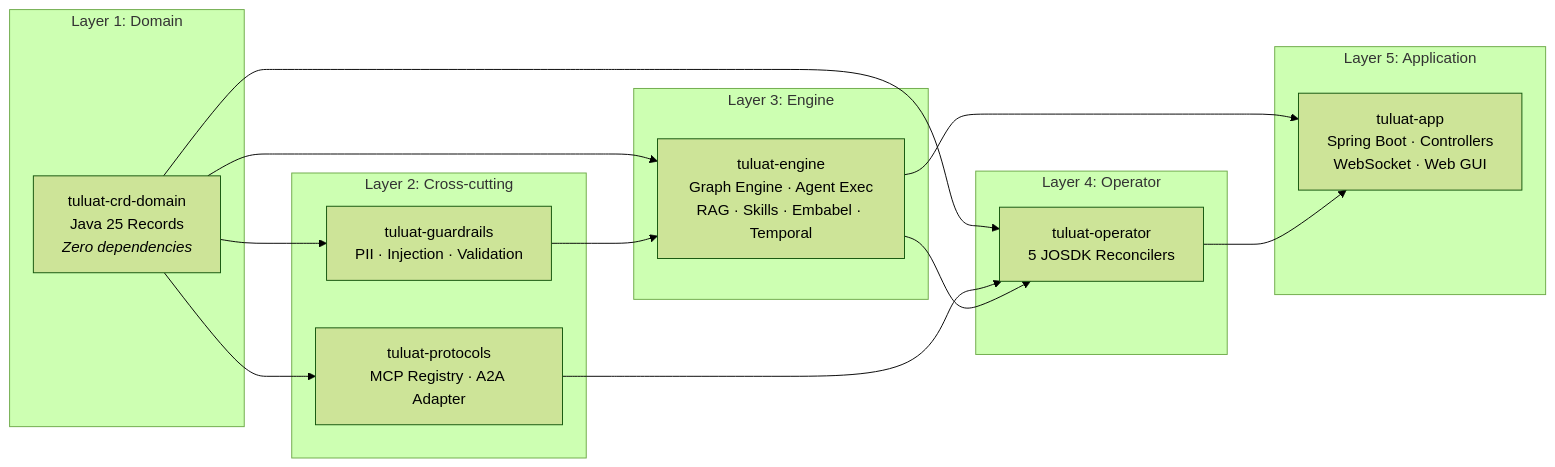
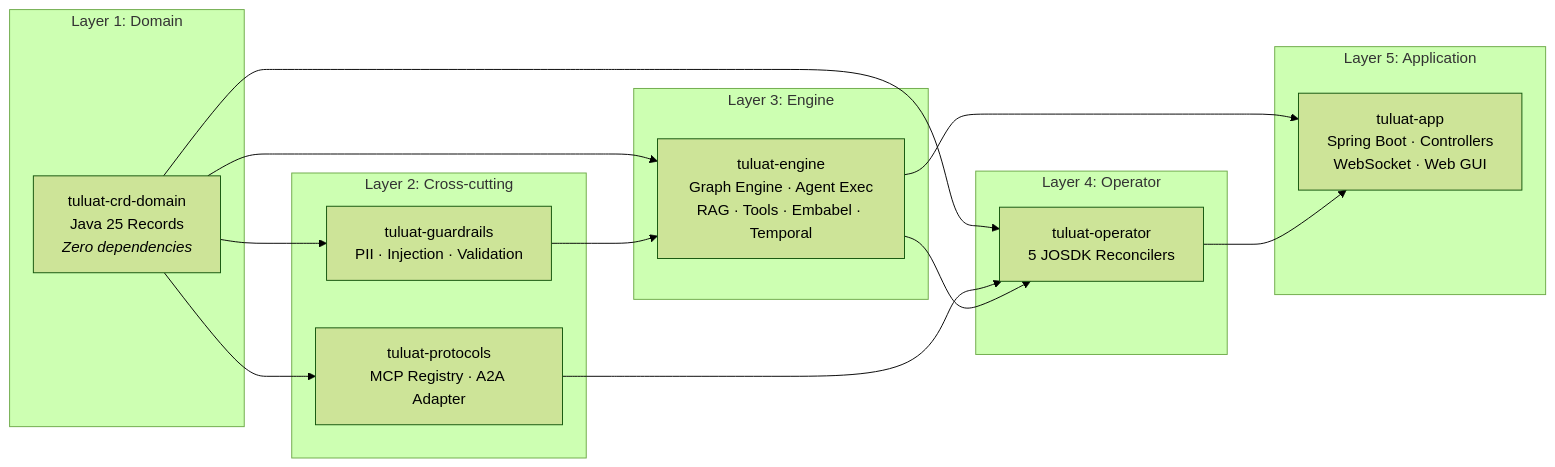
One commit to netologist/tuluat changed the diagram in docs/modules/overview.md. Above: the diagram before and after it, drawn with Mermaid (forest theme). The commit also changed other lines of this file and 51 other files, not shown here.

````diff
--- a/docs/modules/overview.md
+++ b/docs/modules/overview.md
@@ -19,33 +19,33 @@
 ```mermaid
 graph LR
     subgraph "Layer 1: Domain"
         CRD["tuluat-crd-domain<br/>Java 25 Records<br/><i>Zero dependencies</i>"]
     end
 
     subgraph "Layer 2: Cross-cutting"
         Guardrails["tuluat-guardrails<br/>PII · Injection · Validation"]
         Protocols["tuluat-protocols<br/>MCP Registry · A2A Adapter"]
     end
 
     subgraph "Layer 3: Engine"
-        EngineMod["tuluat-engine<br/>Graph Engine · Agent Exec<br/>RAG · Skills · Embabel · Temporal"]
+        EngineMod["tuluat-engine<br/>Graph Engine · Agent Exec<br/>RAG · Tools · Embabel · Temporal"]
     end
 
     subgraph "Layer 4: Operator"
         OperatorMod["tuluat-operator<br/>5 JOSDK Reconcilers"]
     end
 
     subgraph "Layer 5: Application"
         AppMod["tuluat-app<br/>Spring Boot · Controllers<br/>WebSocket · Web GUI"]
     end
 
     CRD --> Guardrails
     CRD --> Protocols
     CRD --> EngineMod
     CRD --> OperatorMod
     Guardrails --> EngineMod
     Protocols --> OperatorMod
     EngineMod --> OperatorMod
     EngineMod --> AppMod
     OperatorMod --> AppMod
 ```
````
